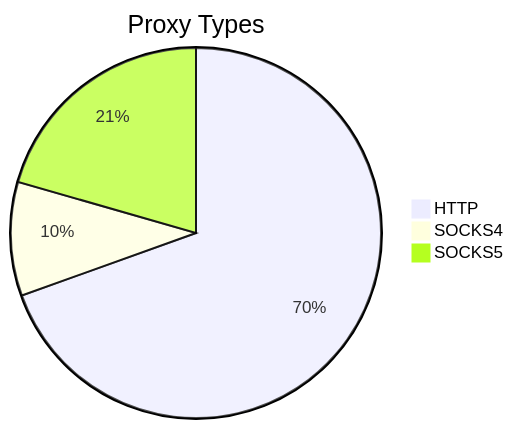
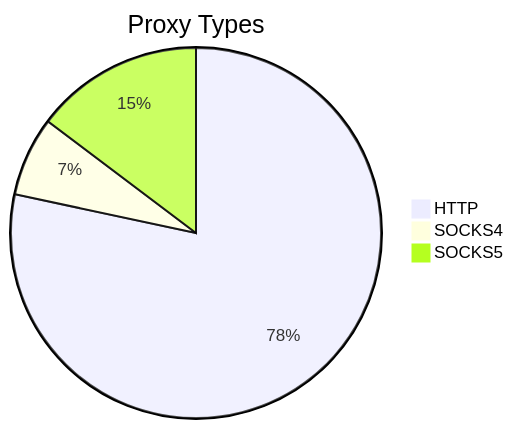
The first of 2 diagrams in README.md (stormsia/proxy-list), drawn with Mermaid before and after one commit. The commit also changed other lines of this file, not shown here.

````diff
--- a/README.md
+++ b/README.md
@@ -21,6 +21,6 @@
 ```mermaid
 pie title Proxy Types
-    "HTTP" : 203
-    "SOCKS4" : 29
-    "SOCKS5" : 60
+    "HTTP" : 181
+    "SOCKS4" : 16
+    "SOCKS5" : 34
 ```
````
